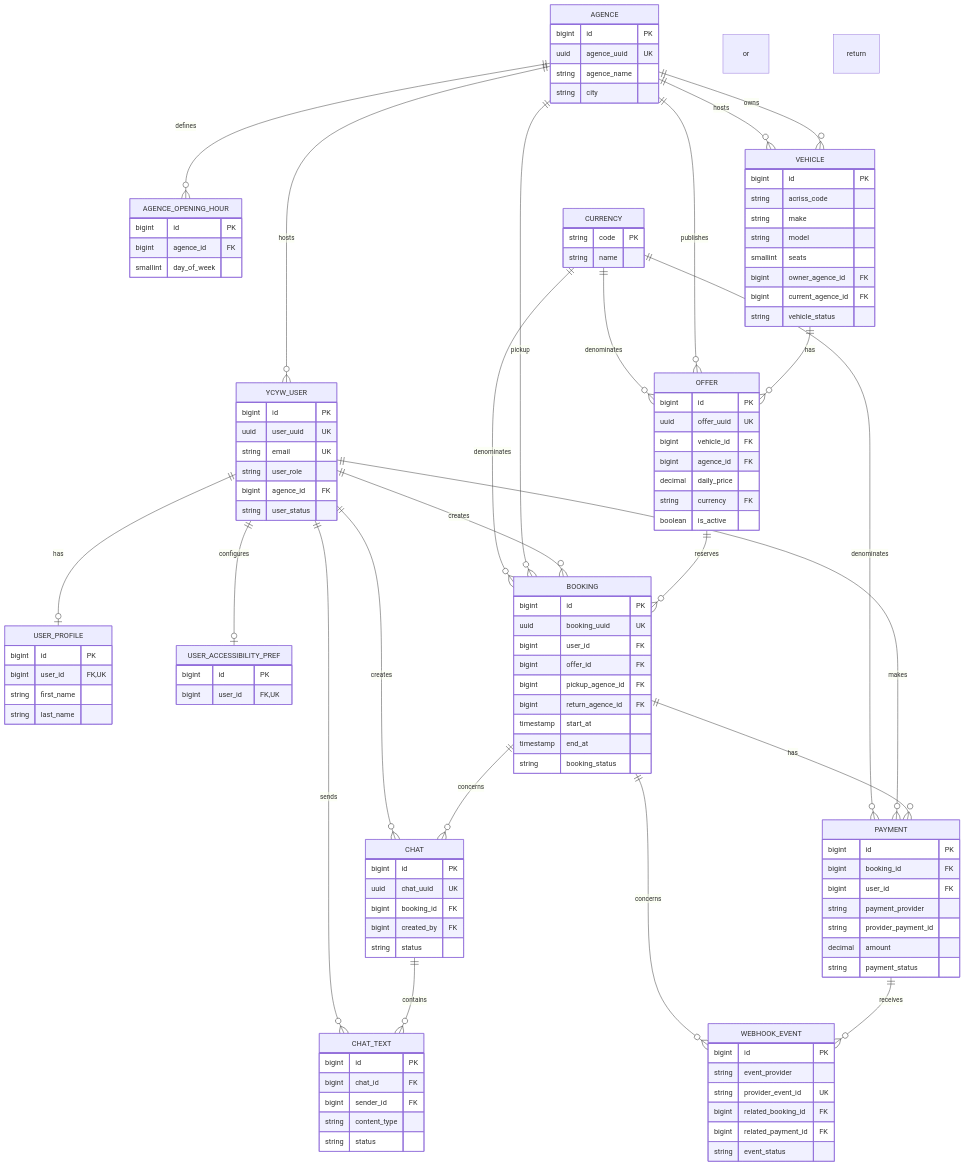
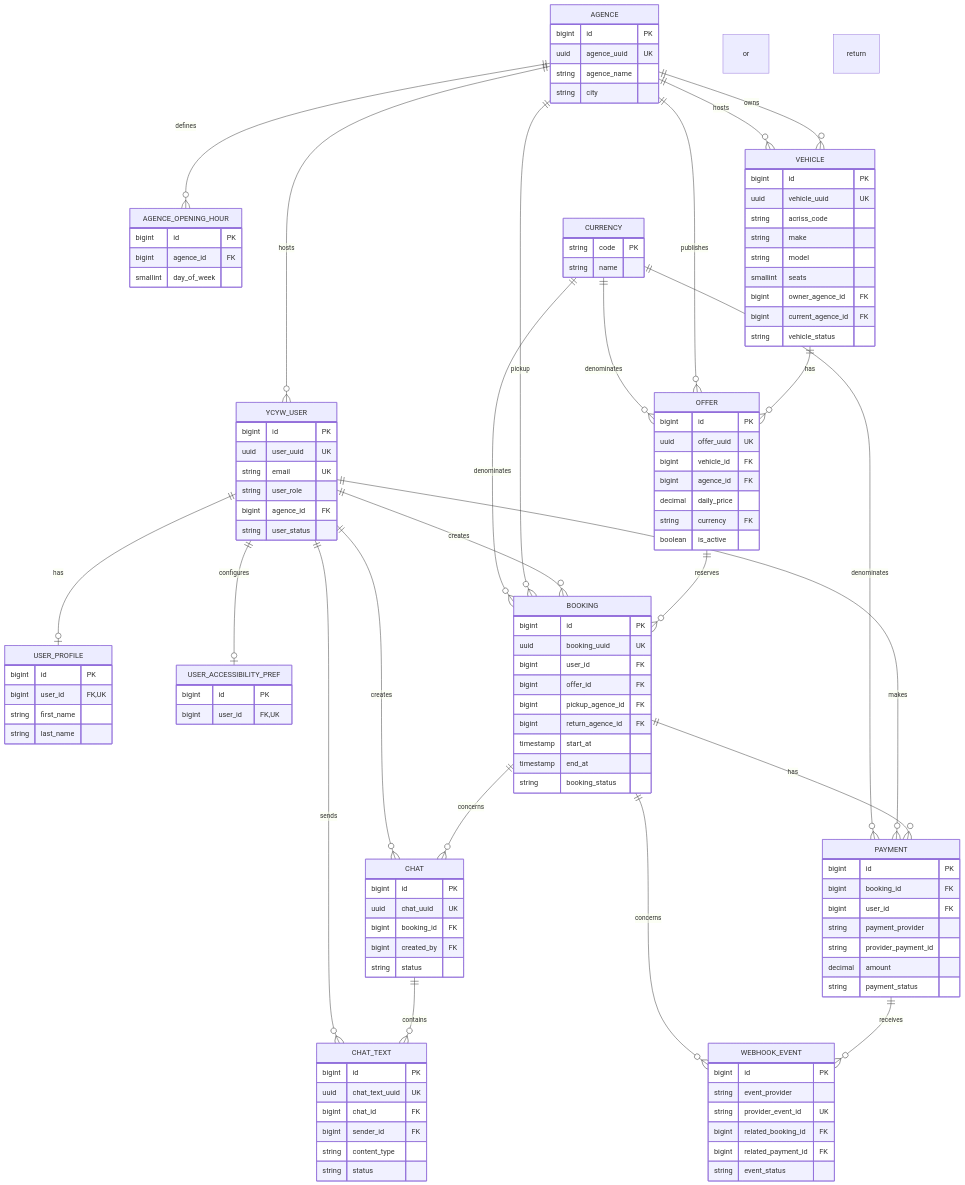
Before and after one commit to Kevin-Renault/Projet-10: the third of 8 diagrams in Livrables/Proposition-Architecture.md, drawn with Mermaid. The commit also changed other lines of this file and 4 other files, not shown here.

```diff
--- a/Livrables/Proposition-Architecture.md
+++ b/Livrables/Proposition-Architecture.md
@@ -289,6 +289,7 @@
   }
   VEHICLE {
     bigint id PK
+    uuid vehicle_uuid UK
     string acriss_code
     string make
     string model
@@ -343,6 +344,7 @@
   }
   CHAT_TEXT {
     bigint id PK
+    uuid chat_text_uuid UK
     bigint chat_id FK
     bigint sender_id FK
     string content_type
```
